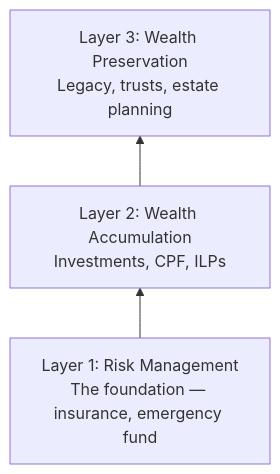
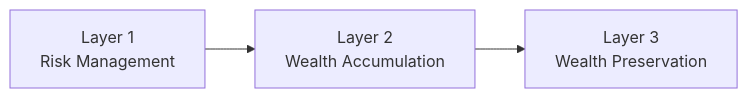
One commit to leotansingapore/aia-product-compass-hub changed the second of 2 diagrams in docs/first-60-days/week-1/day-02.md. Above: the diagram before and after it, drawn with Mermaid. The commit also changed 3 other files, not shown here.

Commit message:
Mermaid charts now render at calmer proportions, with the worst Day 1, 2, and 7 charts trimmed to short labels

````diff
--- a/docs/first-60-days/week-1/day-02.md
+++ b/docs/first-60-days/week-1/day-02.md
@@ -155,7 +155,4 @@
 ```mermaid
-flowchart BT
-    L1["Layer 1: Risk Management<br/>The foundation — insurance, emergency fund"]
-    L2["Layer 2: Wealth Accumulation<br/>Investments, CPF, ILPs"]
-    L3["Layer 3: Wealth Preservation<br/>Legacy, trusts, estate planning"]
-    L1 --> L2 --> L3
+flowchart LR
+    L1["Layer 1<br/>Risk Management"] --> L2["Layer 2<br/>Wealth Accumulation"] --> L3["Layer 3<br/>Wealth Preservation"]
 ```
````
